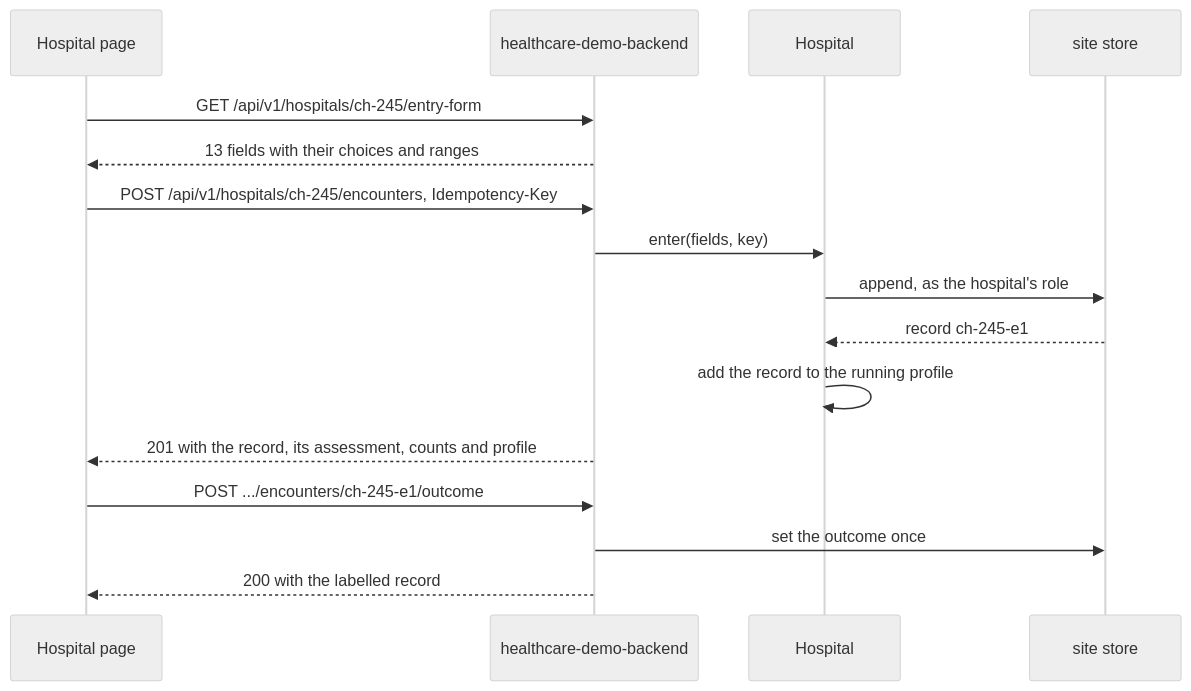
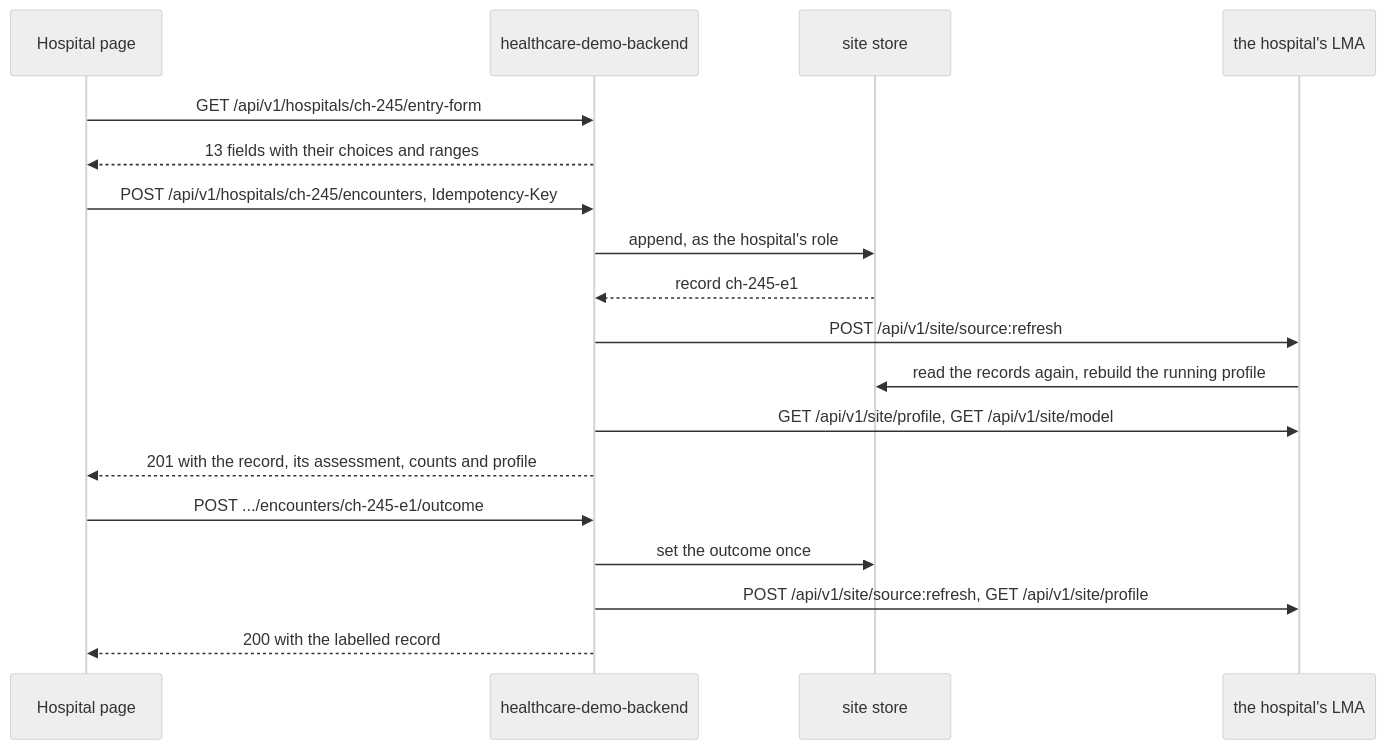
Before and after one commit to pradyunuydarp/Dagents: the third of 6 diagrams in docs/reference/api/demo-apps.md, drawn with Mermaid (neutral theme). The commit also changed other lines of this file and 138 other files, not shown here.

````diff
--- a/docs/reference/api/demo-apps.md
+++ b/docs/reference/api/demo-apps.md
@@ -514,18 +633,20 @@
 ```mermaid
 sequenceDiagram
     participant Page as Hospital page
     participant API as healthcare-demo-backend
-    participant Hospital
     participant Store as site store
+    participant LMA as the hospital's LMA
     Page->>API: GET /api/v1/hospitals/ch-245/entry-form
     API-->>Page: 13 fields with their choices and ranges
     Page->>API: POST /api/v1/hospitals/ch-245/encounters, Idempotency-Key
-    API->>Hospital: enter(fields, key)
-    Hospital->>Store: append, as the hospital's role
-    Store-->>Hospital: record ch-245-e1
-    Hospital->>Hospital: add the record to the running profile
+    API->>Store: append, as the hospital's role
+    Store-->>API: record ch-245-e1
+    API->>LMA: POST /api/v1/site/source:refresh
+    LMA->>Store: read the records again, rebuild the running profile
+    API->>LMA: GET /api/v1/site/profile, GET /api/v1/site/model
     API-->>Page: 201 with the record, its assessment, counts and profile
     Page->>API: POST .../encounters/ch-245-e1/outcome
     API->>Store: set the outcome once
+    API->>LMA: POST /api/v1/site/source:refresh, GET /api/v1/site/profile
     API-->>Page: 200 with the labelled record
 ```
````
